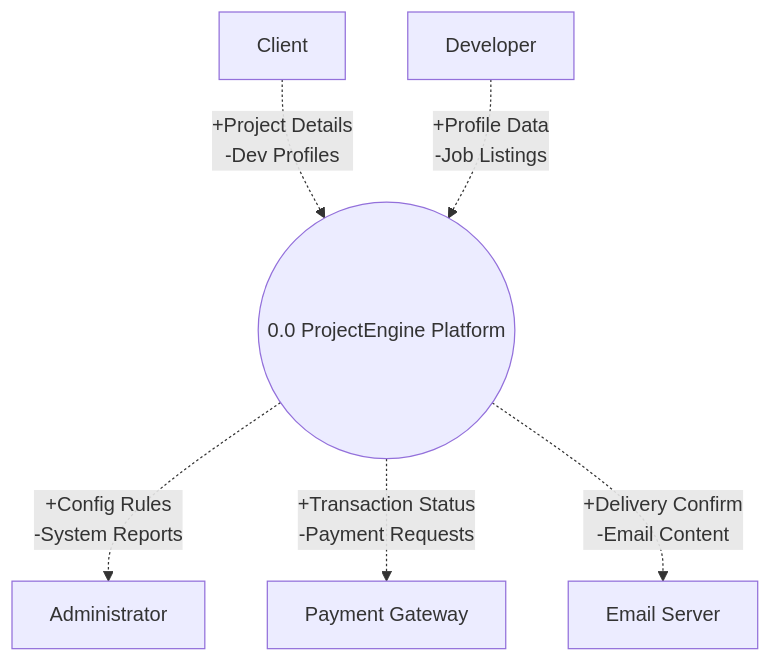
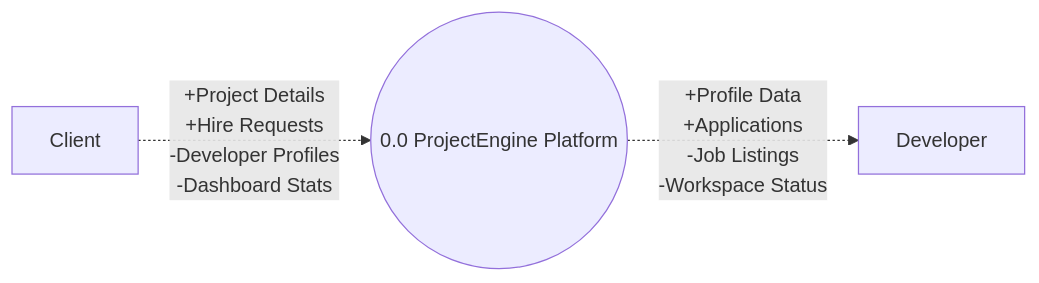
Before and after one commit to qhmed67/ReadmeTest: the second of 5 diagrams in README.md, drawn with Mermaid.

````diff
--- a/README.md
+++ b/README.md
@@ -99,15 +99,9 @@
 ```mermaid
-flowchart TB
+flowchart LR
     Client[Client]
+    Sys((0.0 ProjectEngine Platform))
     Dev[Developer]
-    Admin[Administrator]
-    Payment[Payment Gateway]
-    Email[Email Server]
-    Sys((0.0 ProjectEngine Platform))
 
-    Client -. "+Project Details\n-Dev Profiles" .-> Sys
-    Dev -. "+Profile Data\n-Job Listings" .-> Sys
-    Sys -. "+Config Rules\n-System Reports" .-> Admin
-    Sys -. "+Transaction Status\n-Payment Requests" .-> Payment
-    Sys -. "+Delivery Confirm\n-Email Content" .-> Email
+    Client -. "+Project Details\n+Hire Requests\n-Developer Profiles\n-Dashboard Stats" .-> Sys
+    Sys -. "+Profile Data\n+Applications\n-Job Listings\n-Workspace Status" .-> Dev
 ```
````
